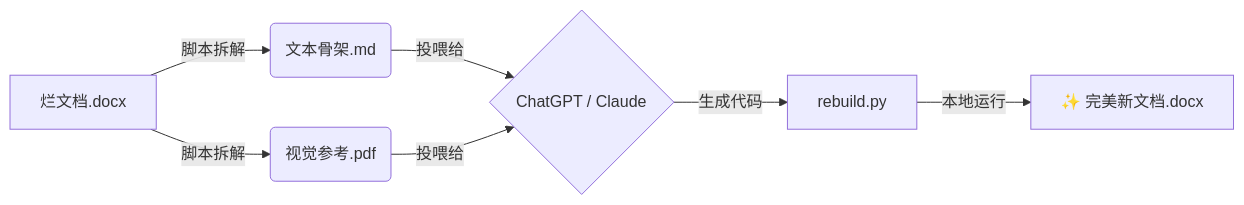
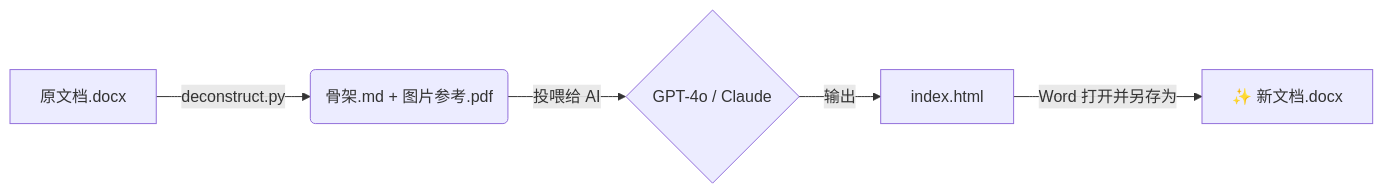
One commit to Linyoux/DocuRebuild changed the diagram in readme.md. Above: the diagram before and after it, drawn with Mermaid. The commit also changed other lines of this file, not shown here.

````diff
--- a/readme.md
+++ b/readme.md
@@ -19,9 +7,7 @@
 ```mermaid
 graph LR
-    A[烂文档.docx] -->|脚本拆解| B(文本骨架.md)
-    A -->|脚本拆解| C(视觉参考.pdf)
-    B & C -->|投喂给| D{ChatGPT / Claude}
-    D -->|生成代码| E[rebuild.py]
-    E -->|本地运行| F[✨ 完美新文档.docx]
-
+    A[原文档.docx] -->|deconstruct.py| B(骨架.md + 图片参考.pdf)
+    B -->|投喂给 AI| C{GPT-4o / Claude}
+    C -->|输出| D[index.html]
+    D -->|Word 打开并另存为| E[✨ 新文档.docx]
 ```
````
